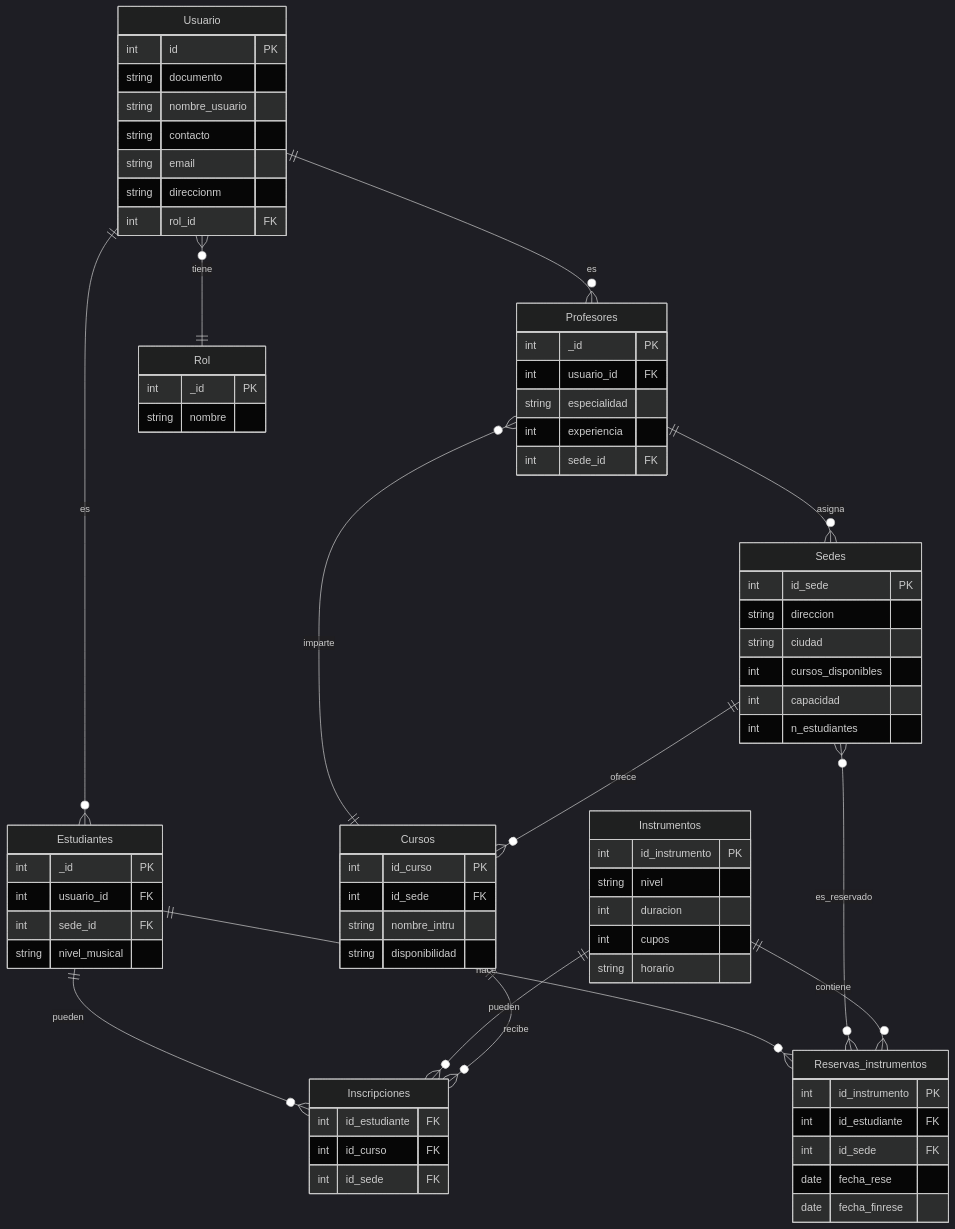
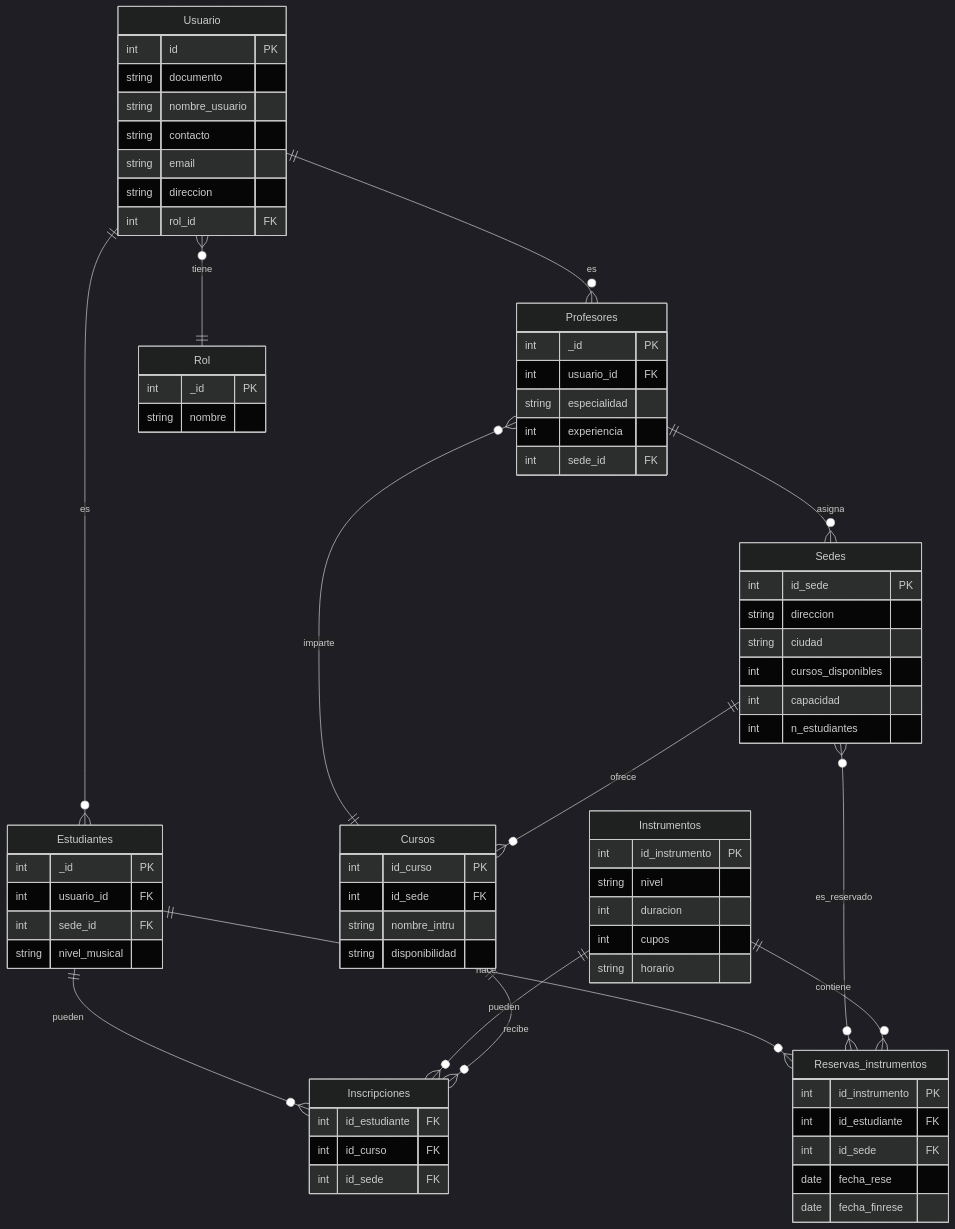
One commit to Duran24062005/Proyecto_MongoDB2_S2_DuranAlexi_MantillaEsteban changed the first of 2 diagrams in README.md. Above: the diagram before and after it, drawn with Mermaid (dark theme). The commit also changed other lines of this file, not shown here.

````diff
--- a/README.md
+++ b/README.md
@@ -467,6 +541,4 @@
 ```mermaid
-
-
 erDiagram
     Usuario ||--o{ Profesores : "es"
     Usuario ||--o{ Estudiantes : "es"
@@ -492,7 +564,7 @@
         string nombre_usuario
         string contacto
         string email
-        string direccionm
+        string direccion
         int rol_id FK
     }
     
@@ -553,5 +625,4 @@
         int id_curso FK
         int id_sede FK
     }
-
 ```
````
